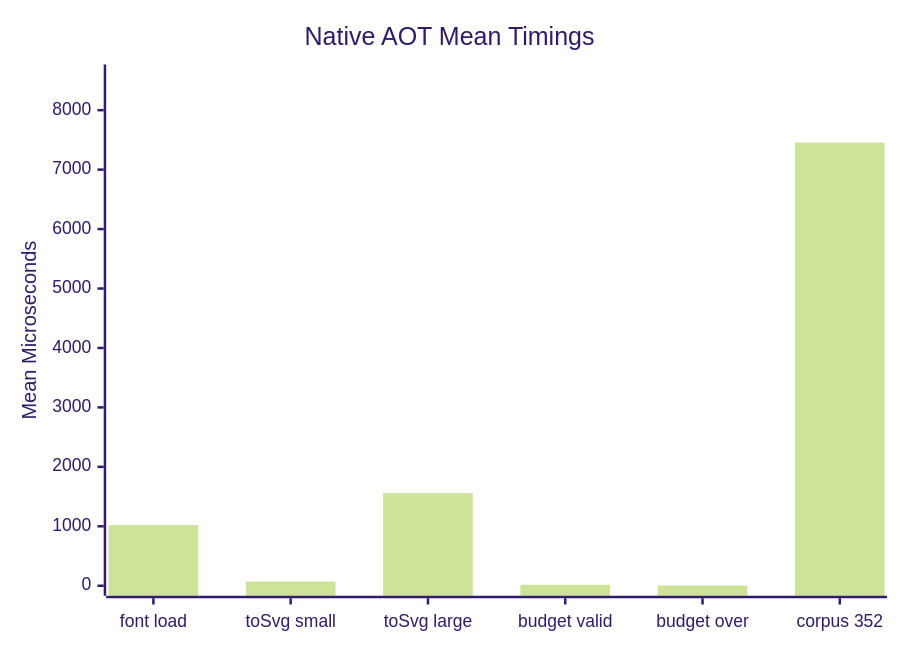
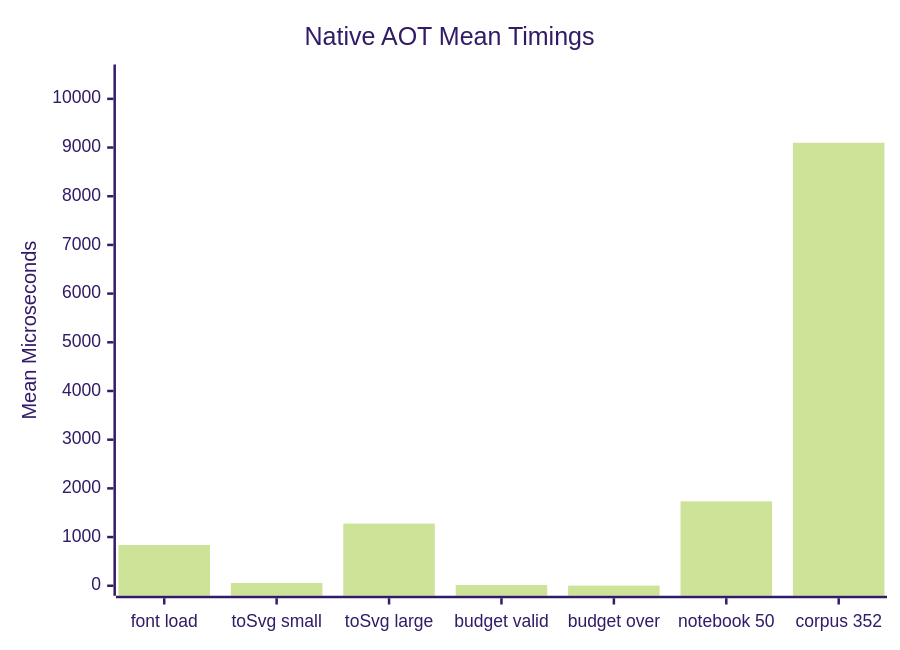
The diagram in doc/BENCHMARKS.md (tkinnis/tex_math), drawn with Mermaid (forest theme) before and after one commit. The commit also changed other lines of this file and 22 other files, not shown here.

````diff
--- a/doc/BENCHMARKS.md
+++ b/doc/BENCHMARKS.md
@@ -31,7 +32,7 @@
 ```mermaid
 xychart-beta
     title "Native AOT Mean Timings"
-    x-axis ["font load", "toSvg small", "toSvg large", "budget valid", "budget over", "corpus 352"]
-    y-axis "Mean Microseconds" 0 --> 8600
-    bar [1021.38, 70.75, 1557.63, 16.02, 3.19, 7456.09]
+    x-axis ["font load", "toSvg small", "toSvg large", "budget valid", "budget over", "notebook 50", "corpus 352"]
+    y-axis "Mean Microseconds" 0 --> 10500
+    bar [837.56, 56.18, 1276.60, 14.41, 2.17, 1734.20, 9097.79]
 ```
````
